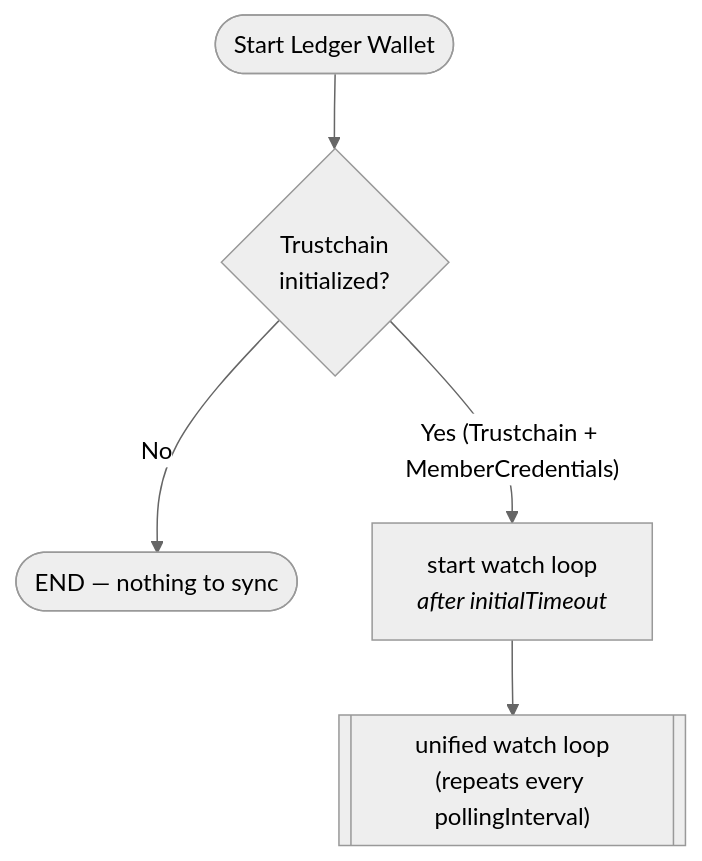
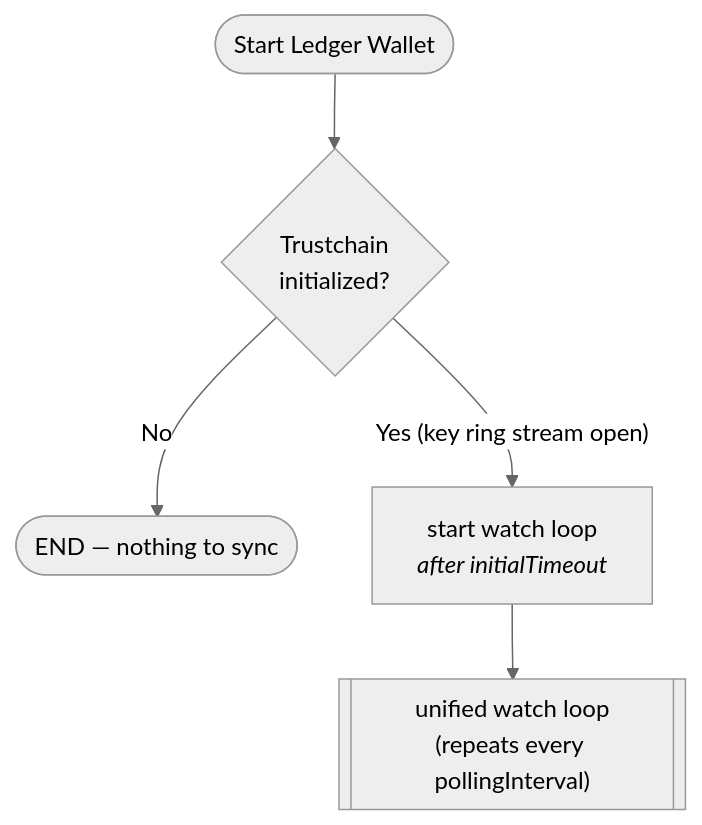
One commit to LedgerHQ/ledger-live changed the first of 4 diagrams in docs/ledger-sync/06-watch-loop.md. Above: the diagram before and after it, drawn with Mermaid (neutral theme). The commit also changed other lines of this file and 7 other files, not shown here.

First line of the commit message:
docs(ledger-sync): describe the key ring integration

````diff
--- a/docs/ledger-sync/06-watch-loop.md
+++ b/docs/ledger-sync/06-watch-loop.md
@@ -13,7 +19,7 @@
 ```mermaid
 flowchart TB
     s([Start Ledger Wallet]) --> q{Trustchain<br/>initialized?}
     q -->|No| e([END — nothing to sync])
-    q -->|"Yes (Trustchain + MemberCredentials)"| w["start watch loop<br/><i>after initialTimeout</i>"]
+    q -->|"Yes (key ring stream open)"| w["start watch loop<br/><i>after initialTimeout</i>"]
     w --> loop[["unified watch loop<br/>(repeats every pollingInterval)"]]
 ```
````
